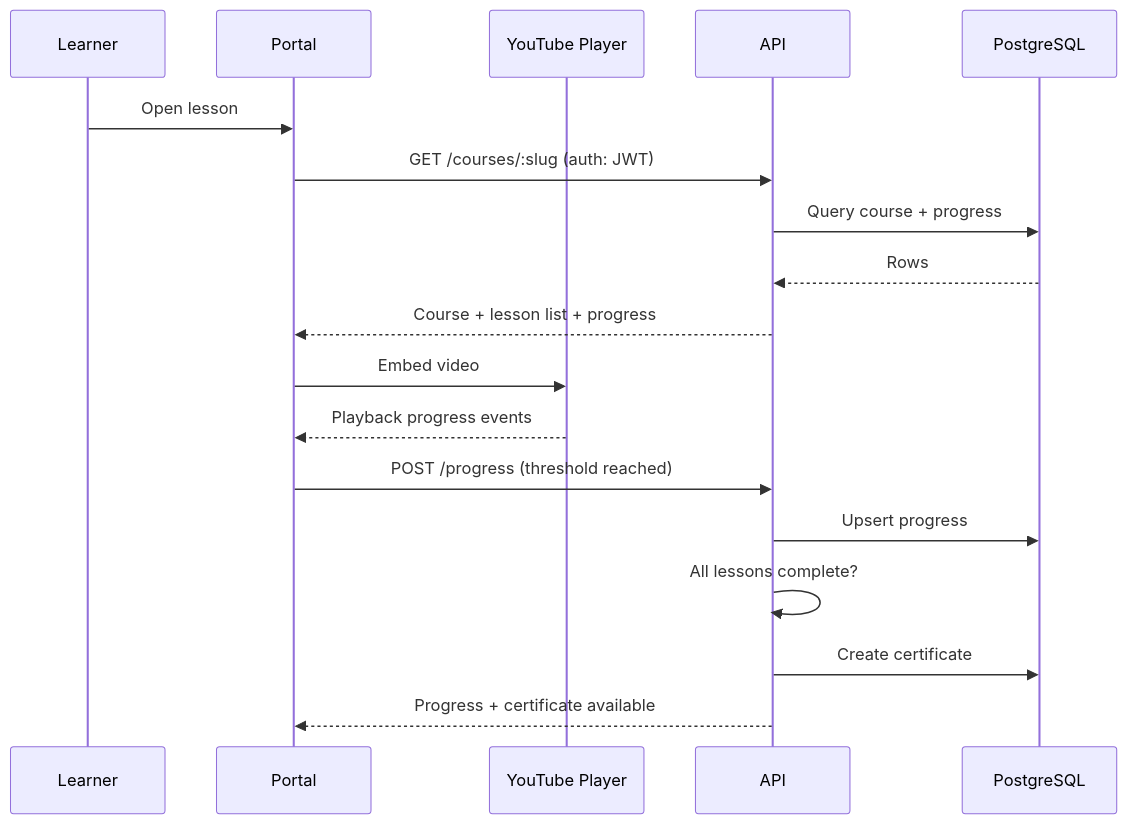
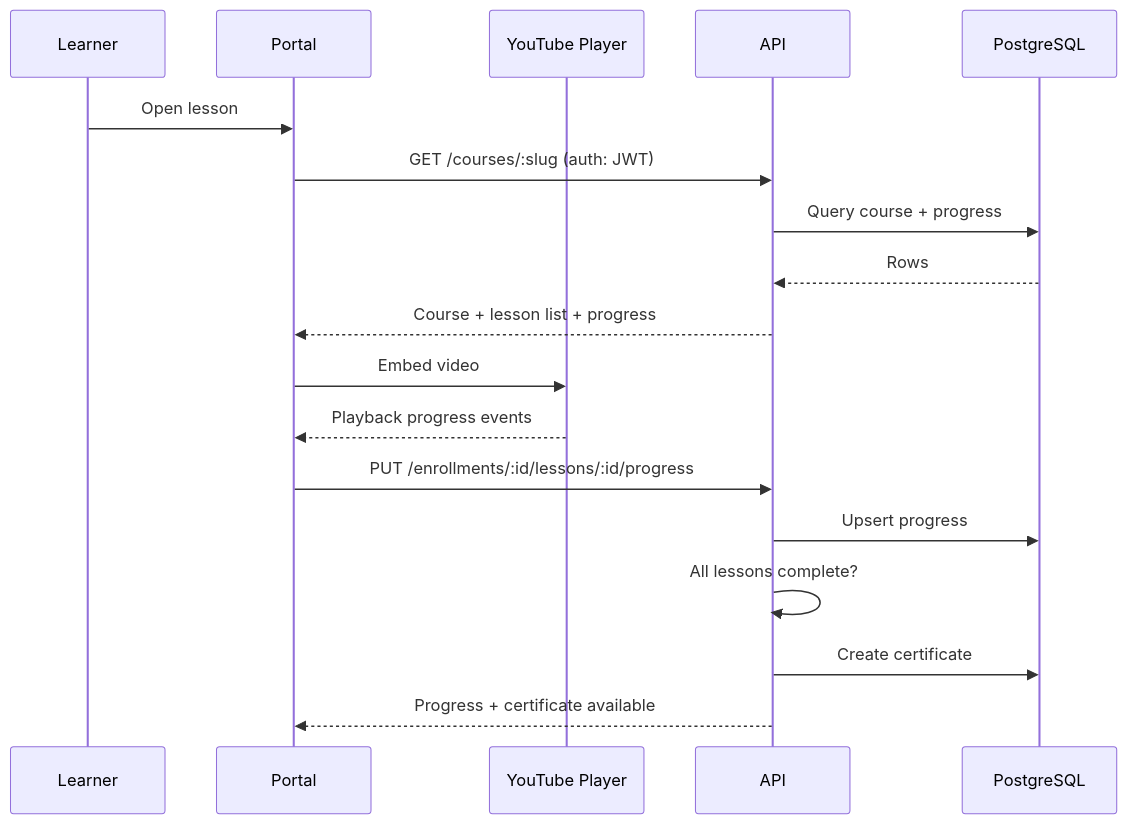
One commit to jaisonschmidt/dudecourse changed the third of 4 diagrams in docs/ARCHITECTURE.md. Above: the diagram before and after it, drawn with Mermaid. The commit also changed other lines of this file and 90 other files, not shown here.

````diff
--- a/docs/ARCHITECTURE.md
+++ b/docs/ARCHITECTURE.md
@@ -152,21 +141,21 @@
 ```mermaid
 sequenceDiagram
     participant L as Learner
     participant P as Portal
     participant Y as YouTube Player
     participant A as API
     participant D as PostgreSQL
 
     L->>P: Open lesson
     P->>A: GET /courses/:slug (auth: JWT)
     A->>D: Query course + progress
     D-->>A: Rows
     A-->>P: Course + lesson list + progress
     P->>Y: Embed video
     Y-->>P: Playback progress events
-    P->>A: POST /progress (threshold reached)
+    P->>A: PUT /enrollments/:id/lessons/:id/progress
     A->>D: Upsert progress
     A->>A: All lessons complete?
     A->>D: Create certificate
     A-->>P: Progress + certificate available
 ```
````
